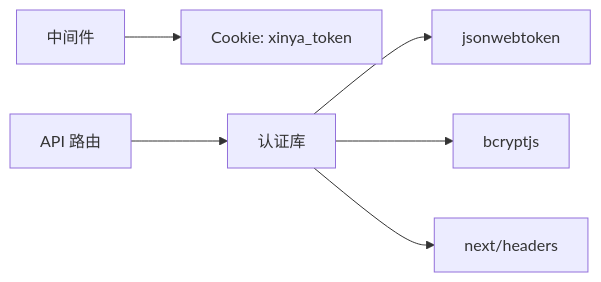
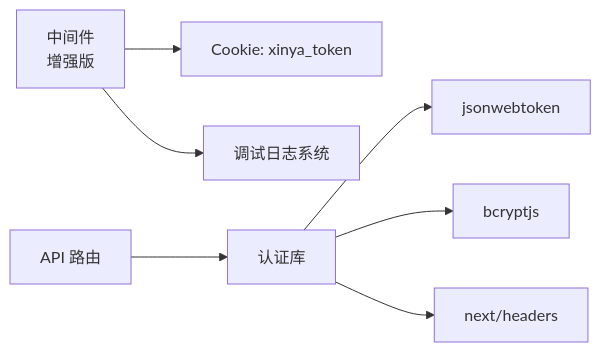
Before and after one commit to kangkang919/xinya: the seventh of 7 diagrams in .qoder/repowiki/zh/content/用户认证系统/认证中间件.md, drawn with Mermaid. The commit also changed other lines of this file and 34 other files, not shown here.

````diff
--- a/.qoder/repowiki/zh/content/用户认证系统/认证中间件.md
+++ b/.qoder/repowiki/zh/content/用户认证系统/认证中间件.md
@@ -307,8 +348,9 @@
 ```mermaid
 graph LR
-MW["中间件"] --> C["Cookie: xinya_token"]
+MW["中间件<br/>增强版"] --> C["Cookie: xinya_token"]
+MW --> DL["调试日志系统"]
 API["API 路由"] --> AL["认证库"]
 AL --> JWT["jsonwebtoken"]
 AL --> BC["bcryptjs"]
 AL --> H["next/headers"]
 ```
````
